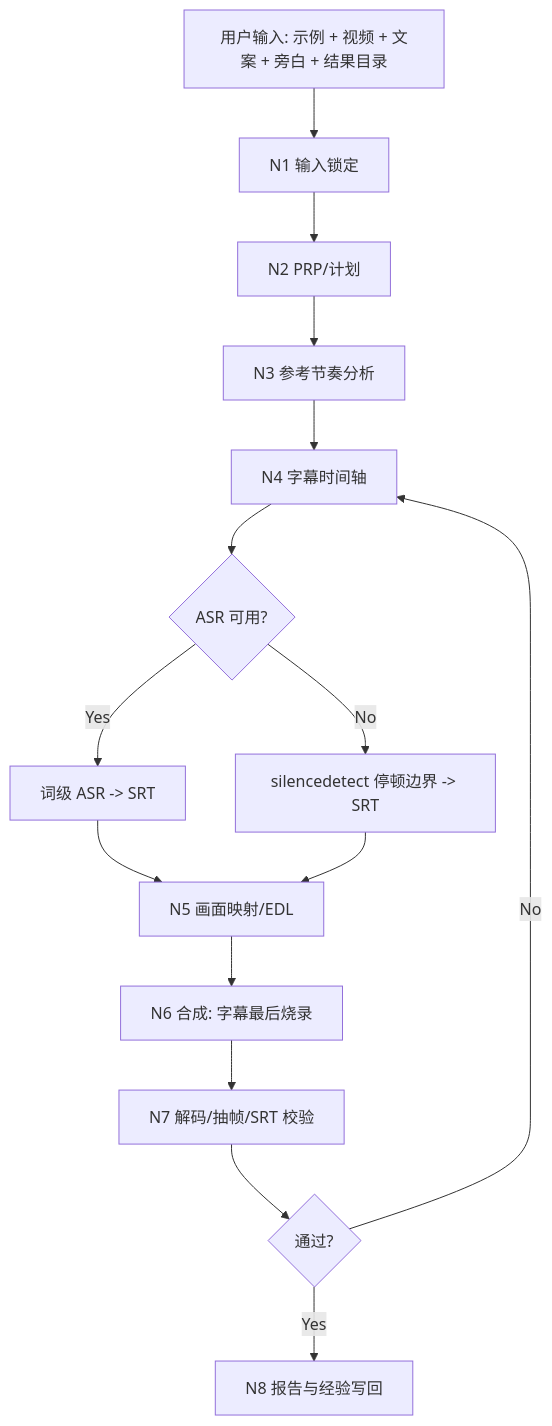
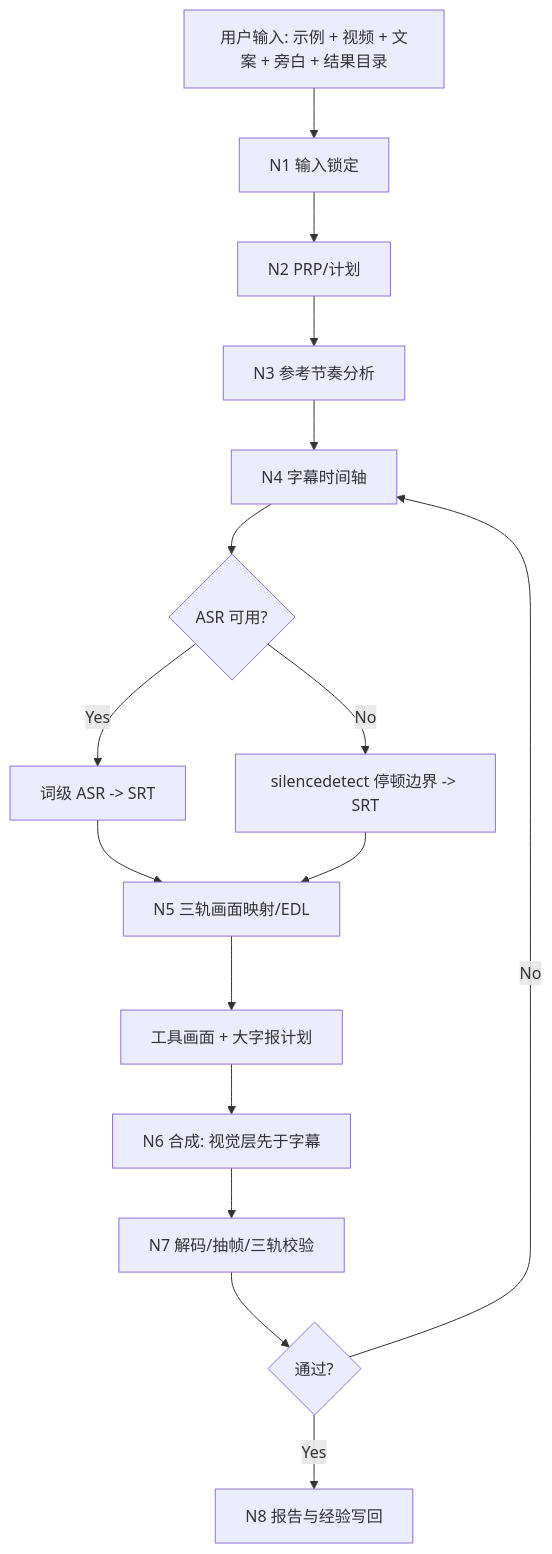
The first of 2 diagrams in .agents/skills/workflow/F1/SKILL.md (ZEN-VOID/AI-CUT), drawn with Mermaid before and after one commit. The commit also changed other lines of this file and 945 other files, not shown here.

````diff
--- a/.agents/skills/workflow/F1/SKILL.md
+++ b/.agents/skills/workflow/F1/SKILL.md
@@ -376,17 +651,18 @@
 ```mermaid
 flowchart TD
     A["用户输入: 示例 + 视频 + 文案 + 旁白 + 结果目录"] --> B["N1 输入锁定"]
     B --> C["N2 PRP/计划"]
     C --> D["N3 参考节奏分析"]
     D --> E["N4 字幕时间轴"]
     E --> F{"ASR 可用?"}
     F -->|"Yes"| G["词级 ASR -> SRT"]
     F -->|"No"| H["silencedetect 停顿边界 -> SRT"]
-    G --> I["N5 画面映射/EDL"]
+    G --> I["N5 三轨画面映射/EDL"]
     H --> I
-    I --> J["N6 合成: 字幕最后烧录"]
-    J --> K["N7 解码/抽帧/SRT 校验"]
+    I --> I2["工具画面 + 大字报计划"]
+    I2 --> J["N6 合成: 视觉层先于字幕"]
+    J --> K["N7 解码/抽帧/三轨校验"]
     K --> L{"通过?"}
     L -->|"No"| E
     L -->|"Yes"| M["N8 报告与经验写回"]
 ```
````
